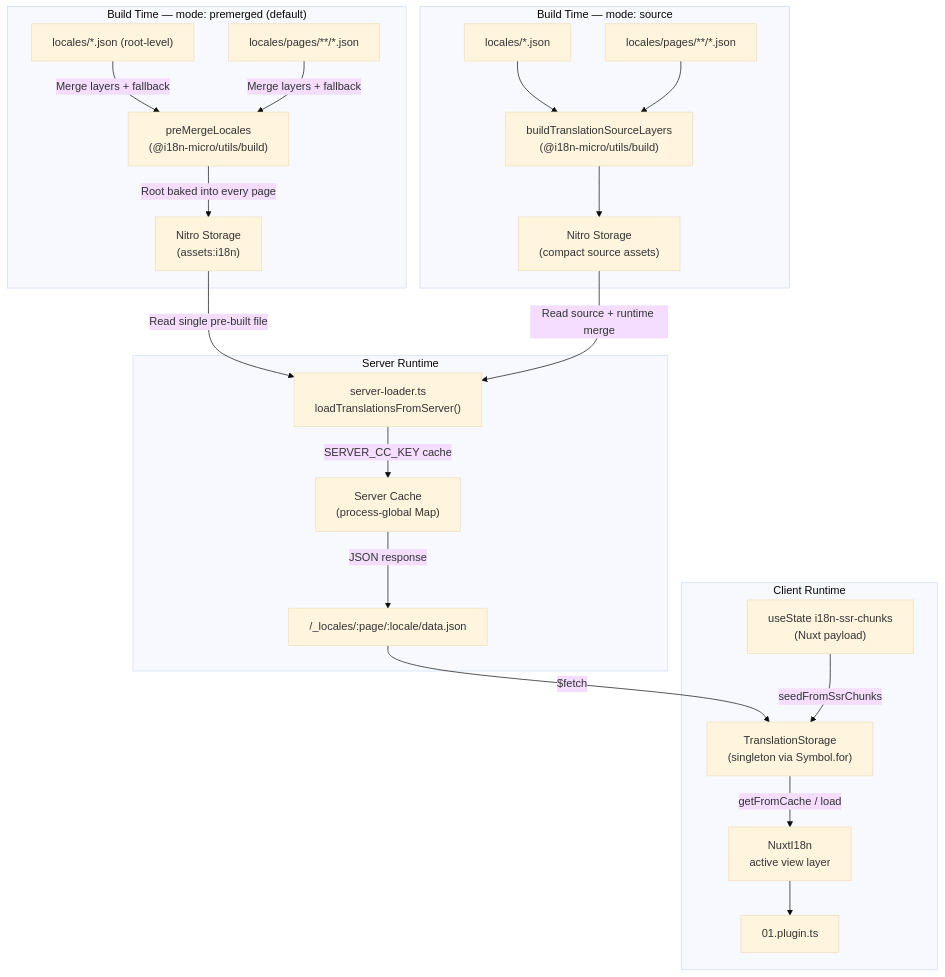
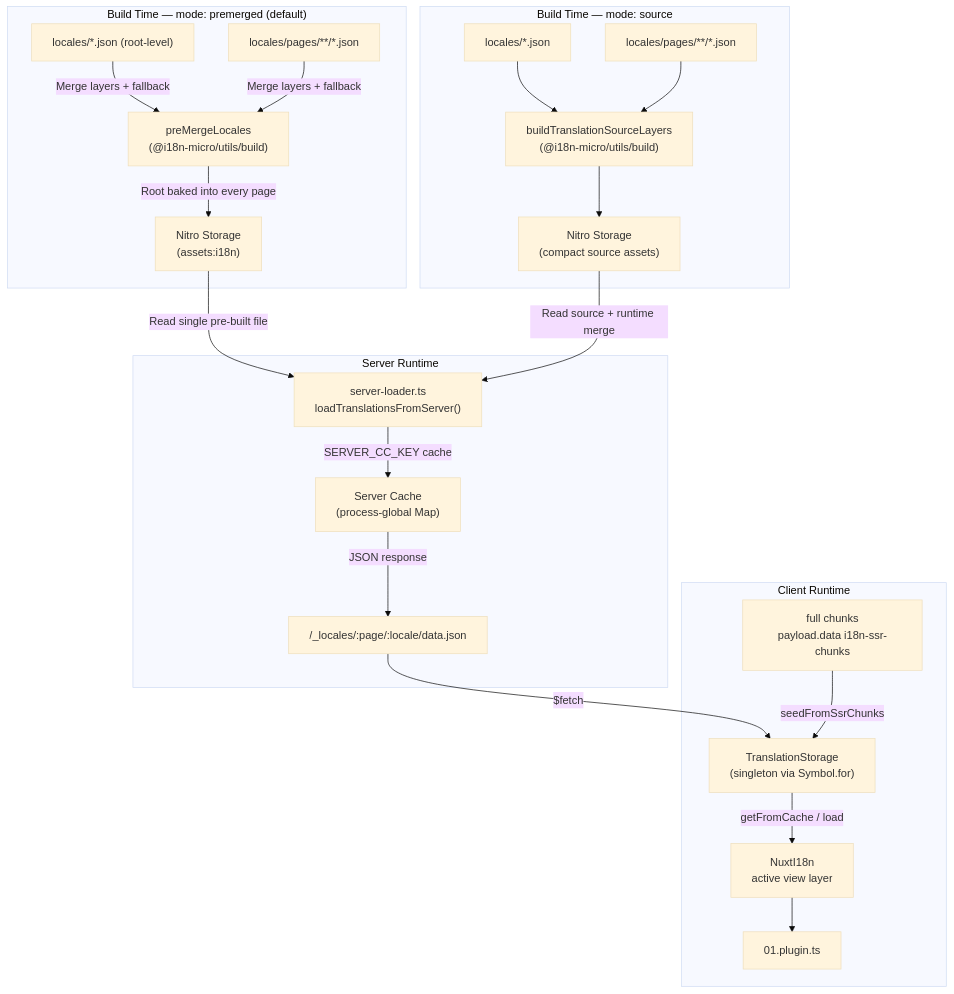
The diagram in docs/api/i18n-cache-api.md (s00d/nuxt-i18n-micro), drawn with Mermaid (base theme) before and after one commit. The commit also changed other lines of this file and 569 other files, not shown here.

````diff
--- a/docs/api/i18n-cache-api.md
+++ b/docs/api/i18n-cache-api.md
@@ -21,28 +21,28 @@
 ```mermaid
 flowchart TB
     subgraph BuildPremerged["Build Time — mode: premerged (default)"]
         F1["locales/*.json (root-level)"] -->|Merge layers + fallback| PM["preMergeLocales<br/>(@i18n-micro/utils/build)"]
         F2["locales/pages/**/*.json"] -->|Merge layers + fallback| PM
         PM -->|"Root baked into every page"| NS1["Nitro Storage<br/>(assets:i18n)"]
     end
 
     subgraph BuildSource["Build Time — mode: source"]
         SF1["locales/*.json"] --> SLayers["buildTranslationSourceLayers<br/>(@i18n-micro/utils/build)"]
         SF2["locales/pages/**/*.json"] --> SLayers
         SLayers --> NS2["Nitro Storage<br/>(compact source assets)"]
     end
 
     subgraph Server["Server Runtime"]
         NS1 -->|"Read single pre-built file"| SL["server-loader.ts<br/>loadTranslationsFromServer()"]
         NS2 -->|"Read source + runtime merge"| SL
         SL -->|SERVER_CC_KEY cache| SC["Server Cache<br/>(process-global Map)"]
         SC -->|JSON response| API["/_locales/:page/:locale/data.json"]
     end
 
     subgraph Client["Client Runtime"]
         API -->|$fetch| TS["TranslationStorage<br/>(singleton via Symbol.for)"]
-        SSR["useState i18n-ssr-chunks<br/>(Nuxt payload)"] -->|seedFromSsrChunks| TS
+        SSR["full chunks<br/>payload.data i18n-ssr-chunks"] -->|seedFromSsrChunks| TS
         TS -->|getFromCache / load| NI["NuxtI18n<br/>active view layer"]
         NI --> PL["01.plugin.ts"]
     end
 ```
````
